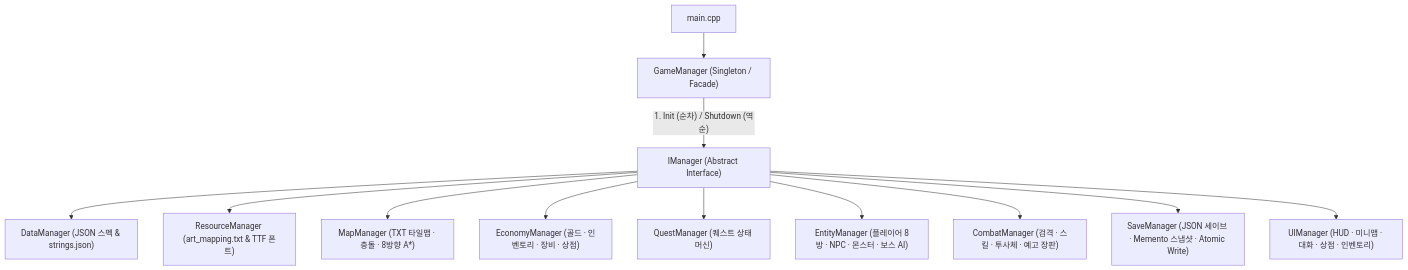
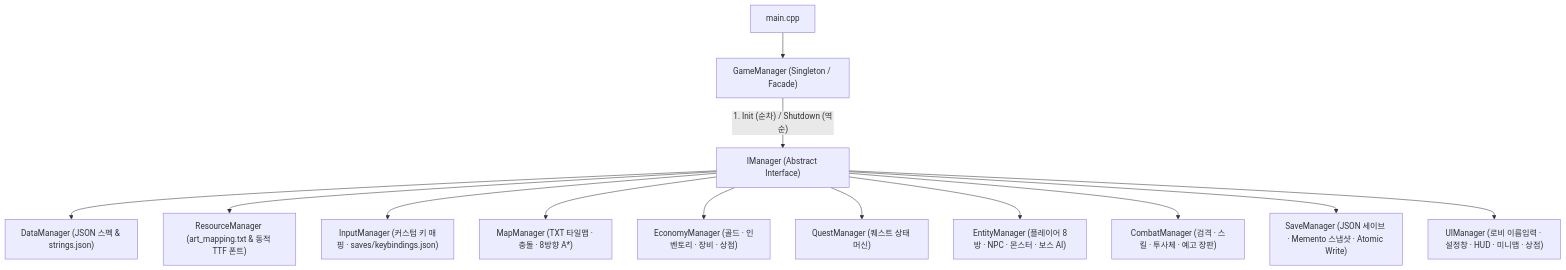
One commit to Leehague/FromAIOnlyclientLLMGameProj changed the diagram in README.md. Above: the diagram before and after it, drawn with Mermaid. The commit also changed other lines of this file and 19 other files, not shown here.

Commit message:
Feat: remove first-boss victory popup, add lobby character name input, and add customizable keybinding settings (InputManager)

````diff
--- a/README.md
+++ b/README.md
@@ -42,14 +42,15 @@
 ```mermaid
 flowchart TD
     Main["main.cpp"] --> GM["GameManager (Singleton / Facade)"]
     GM -->|"1. Init (순차) / Shutdown (역순)"| IM["IManager (Abstract Interface)"]
     IM --> DM["DataManager (JSON 스펙 & strings.json)"]
-    IM --> RM["ResourceManager (art_mapping.txt & TTF 폰트)"]
+    IM --> RM["ResourceManager (art_mapping.txt & 동적 TTF 폰트)"]
+    IM --> InM["InputManager (커스텀 키 매핑 · saves/keybindings.json)"]
     IM --> MM["MapManager (TXT 타일맵 · 충돌 · 8방향 A*)"]
     IM --> EcoM["EconomyManager (골드 · 인벤토리 · 장비 · 상점)"]
     IM --> QM["QuestManager (퀘스트 상태 머신)"]
     IM --> EM["EntityManager (플레이어 8방 · NPC · 몬스터 · 보스 AI)"]
     IM --> CM["CombatManager (검격 · 스킬 · 투사체 · 예고 장판)"]
     IM --> SM["SaveManager (JSON 세이브 · Memento 스냅샷 · Atomic Write)"]
-    IM --> UIM["UIManager (HUD · 미니맵 · 대화 · 상점 · 인벤토리)"]
+    IM --> UIM["UIManager (로비 이름입력 · 설정창 · HUD · 미니맵 · 상점)"]
 ```
````
